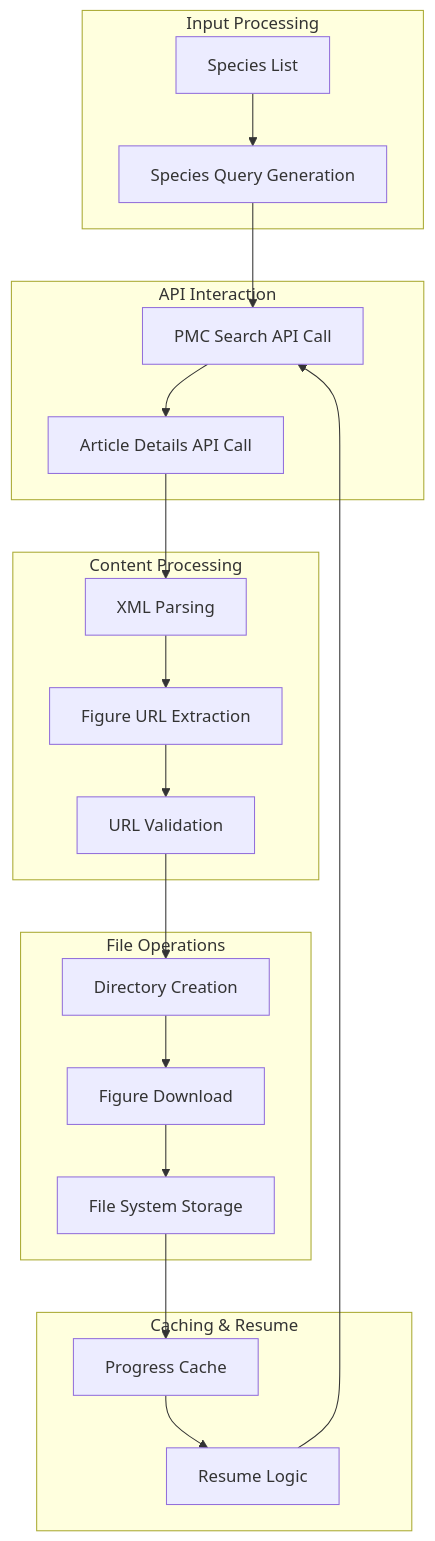
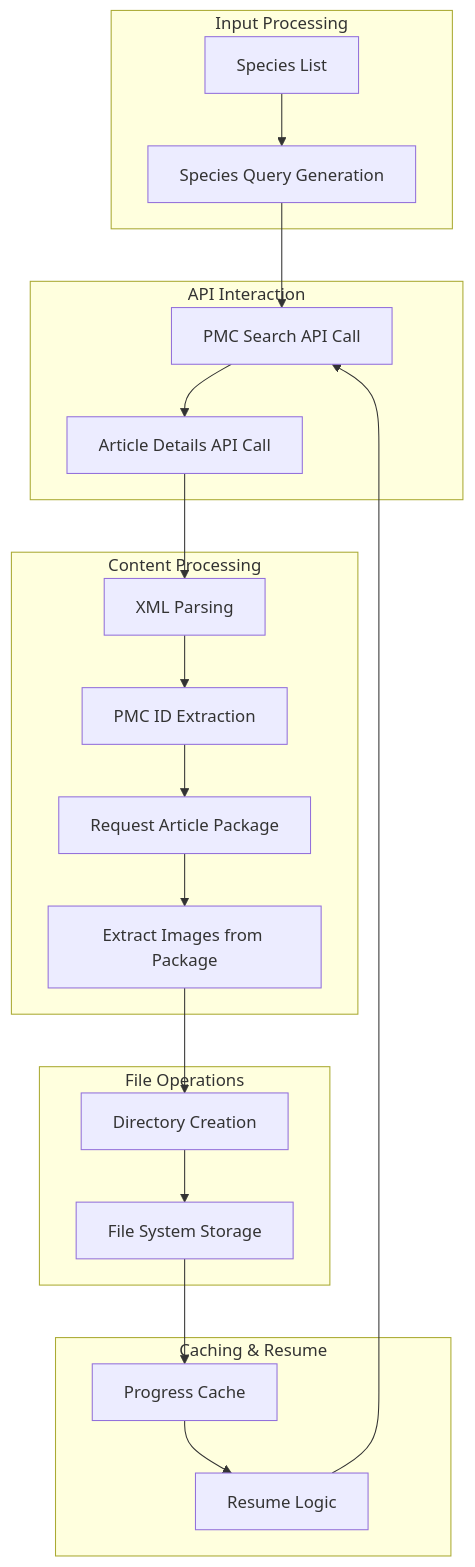
One commit to AlexJSully/Publication-Figure-Retrieval changed the sixth of 10 diagrams in docs/architecture/index.md. Above: the diagram before and after it, drawn with Mermaid. The commit also changed other lines of this file and 26 other files, not shown here.

Commit message:
Fixed unable to download images (#233)

````diff
--- a/docs/architecture/index.md
+++ b/docs/architecture/index.md
@@ -201,29 +190,29 @@
 ```mermaid
 graph TD
     subgraph "Input Processing"
         A[Species List] --> B[Species Query Generation]
     end
 
     subgraph "API Interaction"
         B --> C[PMC Search API Call]
         C --> D[Article Details API Call]
     end
 
     subgraph "Content Processing"
         D --> E[XML Parsing]
-        E --> F[Figure URL Extraction]
-        F --> G[URL Validation]
+        E --> F[PMC ID Extraction]
+        F --> G[Request Article Package]
+        G --> H[Extract Images from Package]
     end
 
     subgraph "File Operations"
-        G --> H[Directory Creation]
-        H --> I[Figure Download]
+        H --> I[Directory Creation]
         I --> J[File System Storage]
     end
 
     subgraph "Caching & Resume"
         K[Progress Cache] --> L[Resume Logic]
         J --> K
         L --> C
     end
 ```
````
